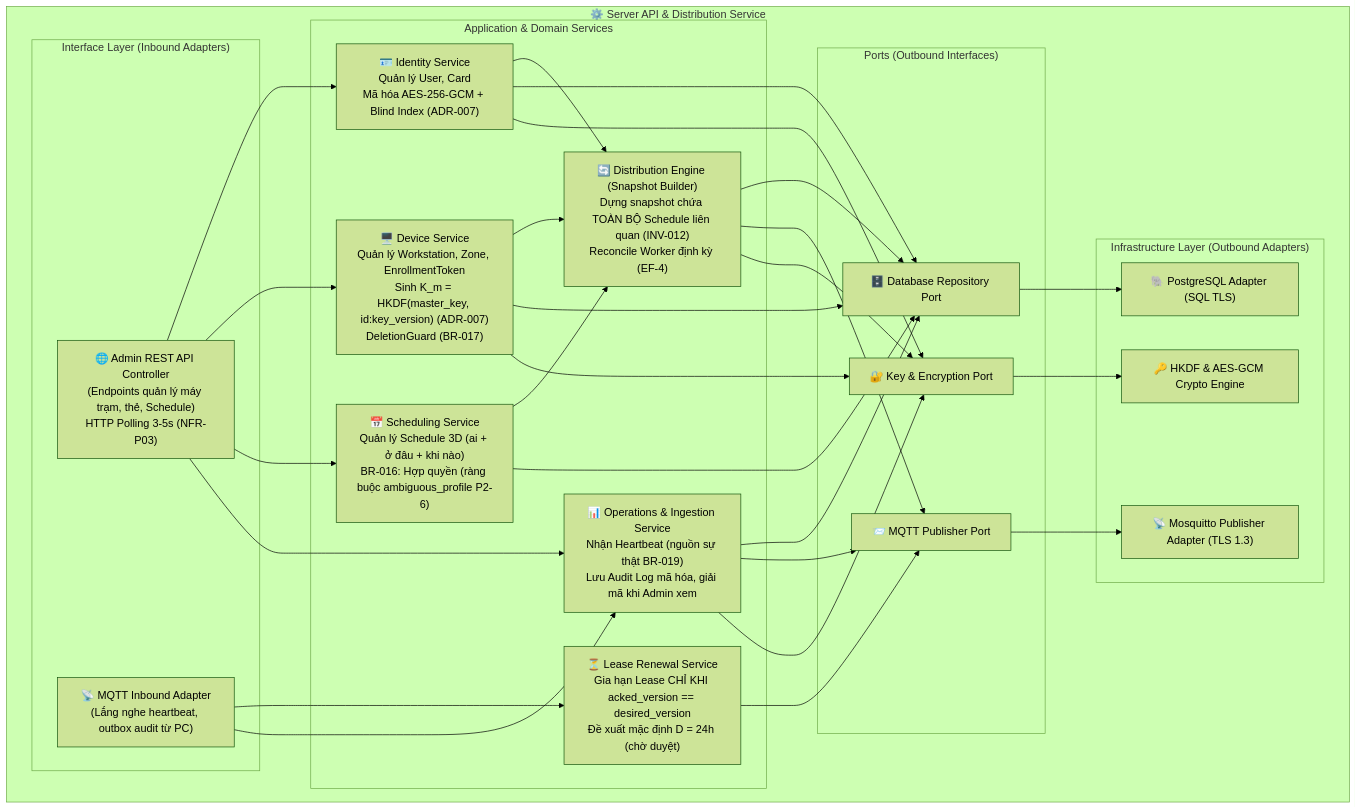
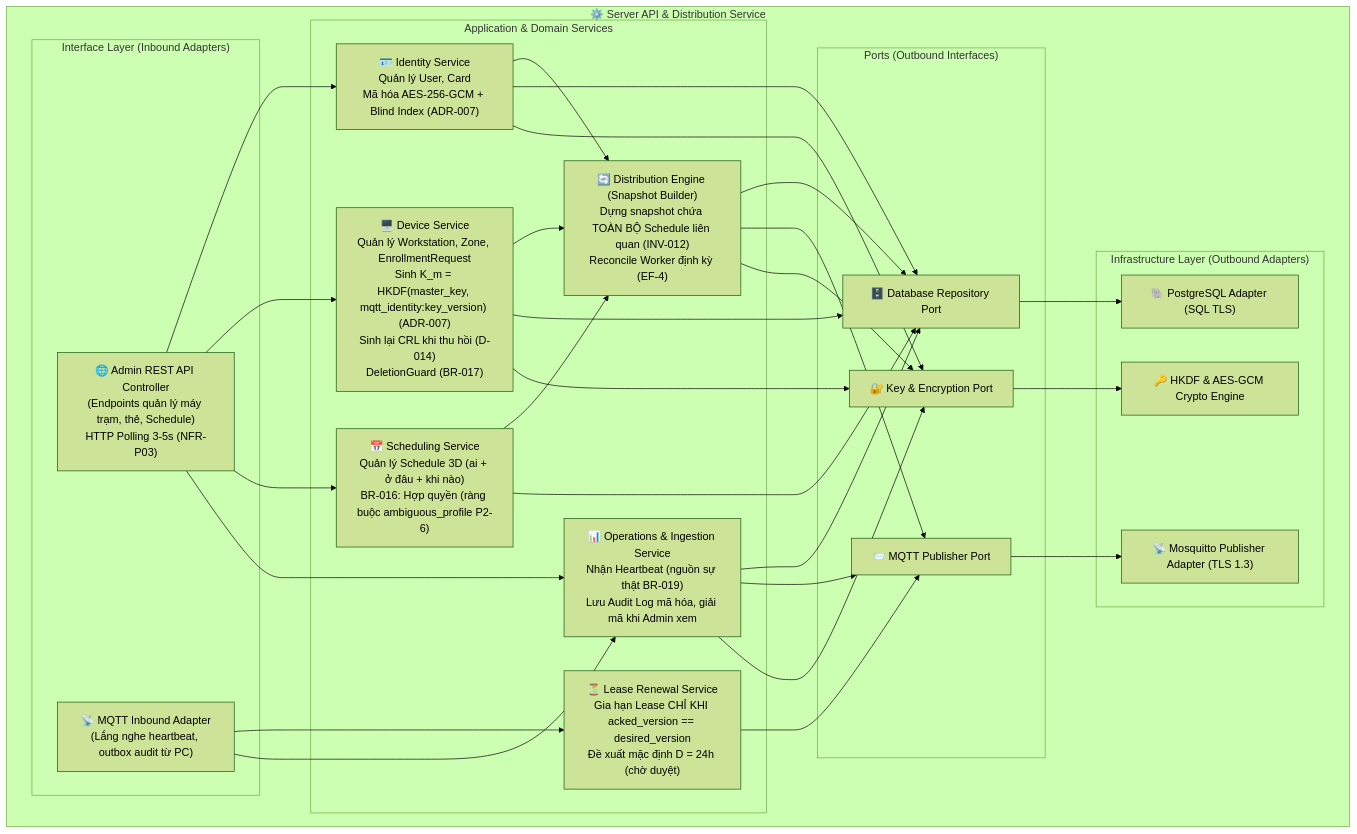
One commit to binhtoong21/linux-access-control changed the first of 4 diagrams in design/docs/06-architecture/components.md. Above: the diagram before and after it, drawn with Mermaid (forest theme). The commit also changed other lines of this file and 22 other files, not shown here.

First line of the commit message:
docs(design): Apply post-07-data review (D-014..D-017), drop EnrollmentToken, add reenroll flow

````diff
--- a/design/docs/06-architecture/components.md
+++ b/design/docs/06-architecture/components.md
@@ -12,61 +12,61 @@
 ```mermaid
 flowchart TD
     subgraph SERVER_CONTAINER["⚙️ Server API & Distribution Service"]
         subgraph INTERFACE_LAYER["Interface Layer (Inbound Adapters)"]
             RESTController["🌐 Admin REST API Controller\n(Endpoints quản lý máy trạm, thẻ, Schedule)\nHTTP Polling 3-5s (NFR-P03)"]
             MQTTInbound["📡 MQTT Inbound Adapter\n(Lắng nghe heartbeat, outbox audit từ PC)"]
         end
 
         subgraph APPLICATION_LAYER["Application & Domain Services"]
             IdentityService["🪪 Identity Service\nQuản lý User, Card\nMã hóa AES-256-GCM + Blind Index (ADR-007)"]
-            DeviceService["🖥️ Device Service\nQuản lý Workstation, Zone, EnrollmentToken\nSinh K_m = HKDF(master_key, id:key_version) (ADR-007)\nDeletionGuard (BR-017)"]
+            DeviceService["🖥️ Device Service\nQuản lý Workstation, Zone, EnrollmentRequest\nSinh K_m = HKDF(master_key, mqtt_identity:key_version) (ADR-007)\nSinh lại CRL khi thu hồi (D-014)\nDeletionGuard (BR-017)"]
             SchedulingService["📅 Scheduling Service\nQuản lý Schedule 3D (ai + ở đâu + khi nào)\nBR-016: Hợp quyền (ràng buộc ambiguous_profile P2-6)"]
             DistributionEngine["🔄 Distribution Engine (Snapshot Builder)\nDựng snapshot chứa TOÀN BỘ Schedule liên quan (INV-012)\nReconcile Worker định kỳ (EF-4)"]
             LeaseRenewalService["⏳ Lease Renewal Service\nGia hạn Lease CHỈ KHI acked_version == desired_version\nĐề xuất mặc định D = 24h (chờ duyệt)"]
             OperationsService["📊 Operations & Ingestion Service\nNhận Heartbeat (nguồn sự thật BR-019)\nLưu Audit Log mã hóa, giải mã khi Admin xem"]
         end
 
         subgraph PORTS_LAYER["Ports (Outbound Interfaces)"]
             RepoPort["🗄️ Database Repository Port"]
             MQTTPort["📨 MQTT Publisher Port"]
             CryptoPort["🔐 Key & Encryption Port"]
         end
 
         subgraph INFRA_LAYER["Infrastructure Layer (Outbound Adapters)"]
             PostgresRepo["🐘 PostgreSQL Adapter (SQL TLS)"]
             MQTTPublisher["📡 Mosquitto Publisher Adapter (TLS 1.3)"]
             CryptoService["🔑 HKDF & AES-GCM Crypto Engine"]
         end
     end
 
     RESTController --> IdentityService
     RESTController --> DeviceService
     RESTController --> SchedulingService
     RESTController --> OperationsService
 
     MQTTInbound --> LeaseRenewalService
     MQTTInbound --> OperationsService
 
     IdentityService --> DistributionEngine
     DeviceService --> DistributionEngine
     SchedulingService --> DistributionEngine
 
     IdentityService --> RepoPort
     DeviceService --> RepoPort
     SchedulingService --> RepoPort
     OperationsService --> RepoPort
     DistributionEngine --> RepoPort
 
     DistributionEngine --> MQTTPort
     LeaseRenewalService --> MQTTPort
     OperationsService --> MQTTPort
 
     IdentityService --> CryptoPort
     DeviceService --> CryptoPort
     DistributionEngine --> CryptoPort
     OperationsService --> CryptoPort
 
     RepoPort --> PostgresRepo
     MQTTPort --> MQTTPublisher
     CryptoPort --> CryptoService
 ```
````
